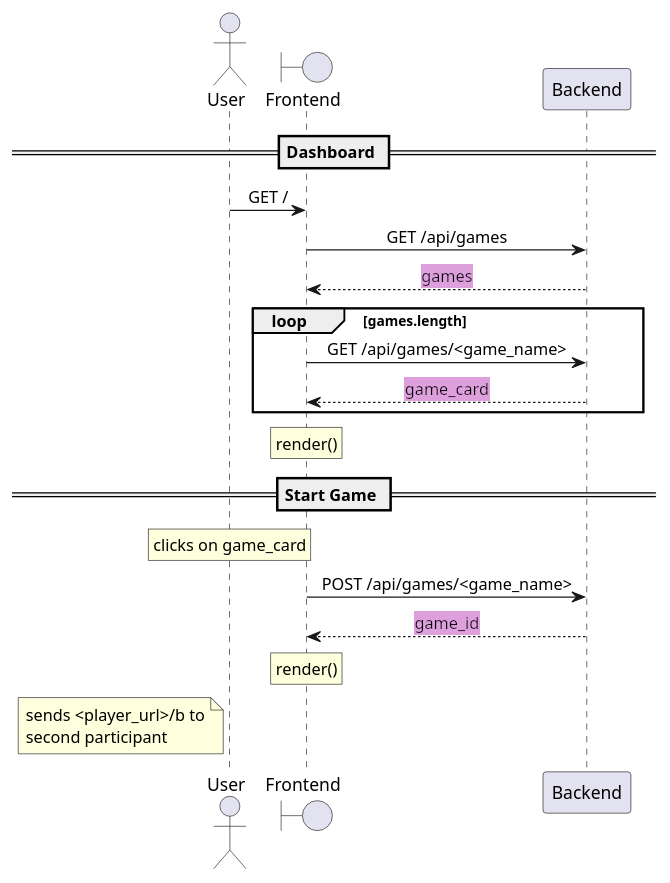
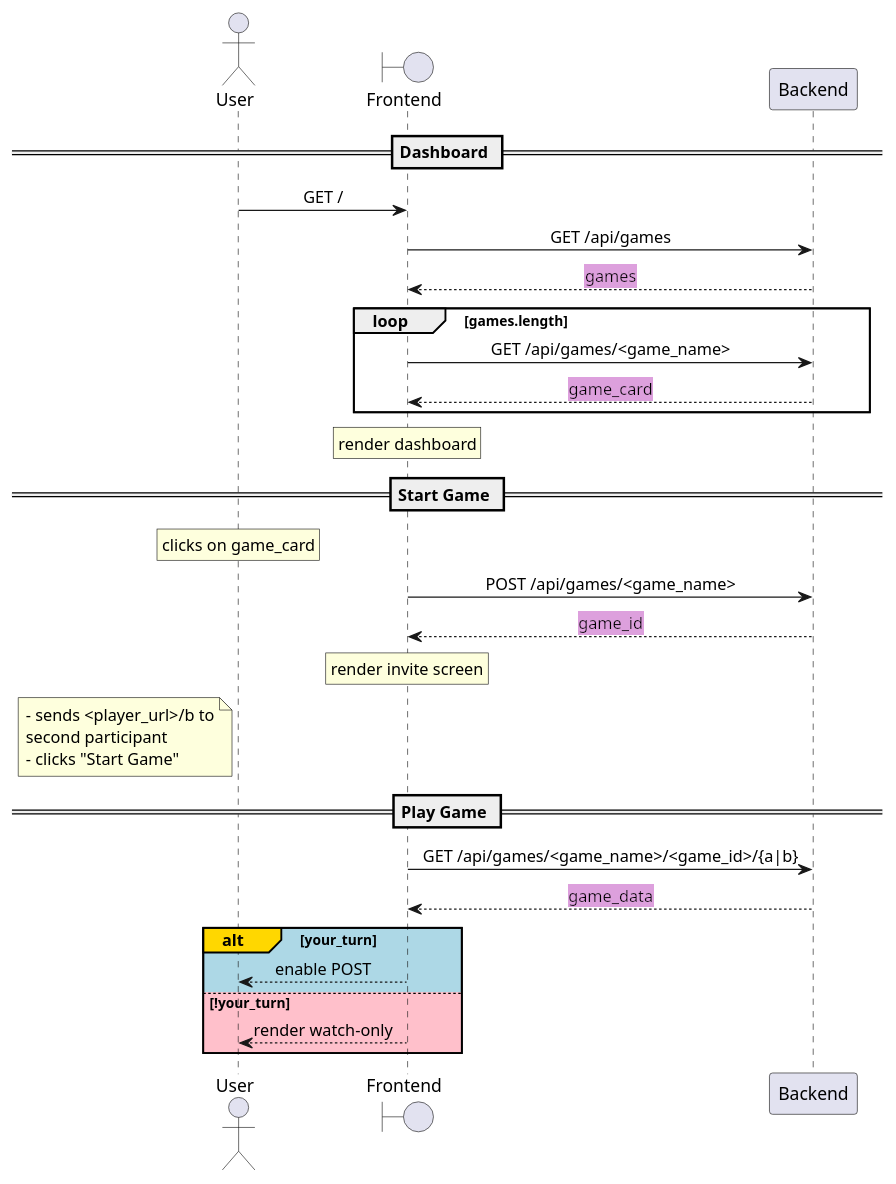
One commit to games2click/games2click.github.io changed the diagram in docs/technical_documentation/architecture.md. Above: the diagram before and after it, drawn with PlantUML. The commit also changed other lines of this file, not shown here.

Commit message:
Update sequence uml in architecture.md

````diff
--- a/docs/technical_documentation/architecture.md
+++ b/docs/technical_documentation/architecture.md
@@ -11,33 +11,43 @@
 ```plantuml
 
 skinparam sequenceMessageAlign center
 
 actor User
 boundary Frontend
 participant Backend
 
 == Dashboard ==
 User -> Frontend : GET /
 Frontend -> Backend : GET /api/games
 return <back:plum>games</back>
 
 loop games.length
   Frontend -> Backend : GET /api/games/<game_name>
   return <back:plum>game_card</back>
 end
-rnote over Frontend: render()
+rnote over Frontend: render dashboard
 
 == Start Game ==
 rnote over User: clicks on game_card
 Frontend -> Backend: POST /api/games/<game_name>
 return <back:plum>game_id</back>
 
-rnote over Frontend: render()
+rnote over Frontend: render invite screen
 
 note left of User
-  sends <player_url>/b to
+  - sends <player_url>/b to
   second participant
+  - clicks "Start Game"
 end note
 
+== Play Game ==
+
+Frontend -> Backend: GET /api/games/<game_name>/<game_id>/{a|b}
+return <back:plum>game_data</back>
+alt#Gold #LightBlue your_turn
+  Frontend --> User: enable POST
+else #Pink !your_turn
+  Frontend --> User: render watch-only
+end
 
 ```
````
